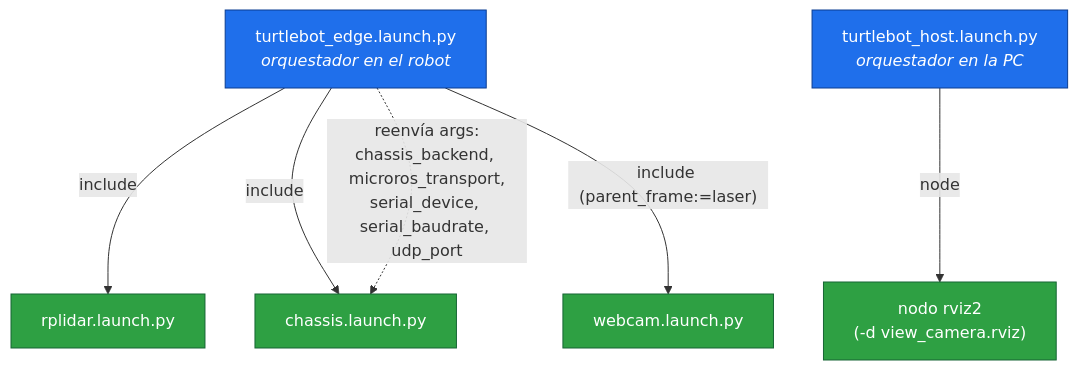
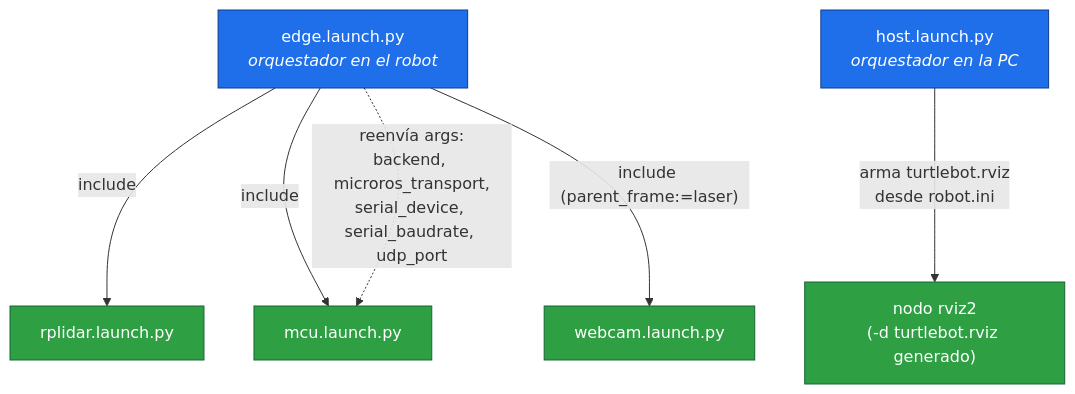
One commit to 023000237/ros2_jazzy_ws_Jean changed the first of 8 diagrams in docs/runbook-arquitectura.md. Above: the diagram before and after it, drawn with Mermaid. The commit also changed other lines of this file and 41 other files, not shown here.

Commit message:
new architecture

````diff
--- a/docs/runbook-arquitectura.md
+++ b/docs/runbook-arquitectura.md
@@ -53,22 +73,22 @@
 ```mermaid
 graph TD
-    EDGE["turtlebot_edge.launch.py<br/><i>orquestador en el robot</i>"]
-    HOST["turtlebot_host.launch.py<br/><i>orquestador en la PC</i>"]
+    EDGE["edge.launch.py<br/><i>orquestador en el robot</i>"]
+    HOST["host.launch.py<br/><i>orquestador en la PC</i>"]
 
     RPLIDAR["rplidar.launch.py"]
-    CHASSIS["chassis.launch.py"]
+    CHASSIS["mcu.launch.py"]
     WEBCAM["webcam.launch.py"]
-    RVIZ["nodo rviz2<br/>(-d view_camera.rviz)"]
+    RVIZ["nodo rviz2<br/>(-d turtlebot.rviz generado)"]
 
     EDGE -->|include| RPLIDAR
     EDGE -->|include| CHASSIS
     EDGE -->|"include (parent_frame:=laser)"| WEBCAM
-    HOST -->|node| RVIZ
+    HOST -->|"arma turtlebot.rviz<br/>desde robot.ini"| RVIZ
 
-    EDGE -.->|"reenvía args:<br/>chassis_backend, microros_transport,<br/>serial_device, serial_baudrate, udp_port"| CHASSIS
+    EDGE -.->|"reenvía args:<br/>backend, microros_transport,<br/>serial_device, serial_baudrate, udp_port"| CHASSIS
 
     classDef entry fill:#1f6feb,stroke:#0b3d91,color:#fff
     classDef sub fill:#2ea043,stroke:#166534,color:#fff
     class EDGE,HOST entry
     class RPLIDAR,CHASSIS,WEBCAM,RVIZ sub
 ```
````
